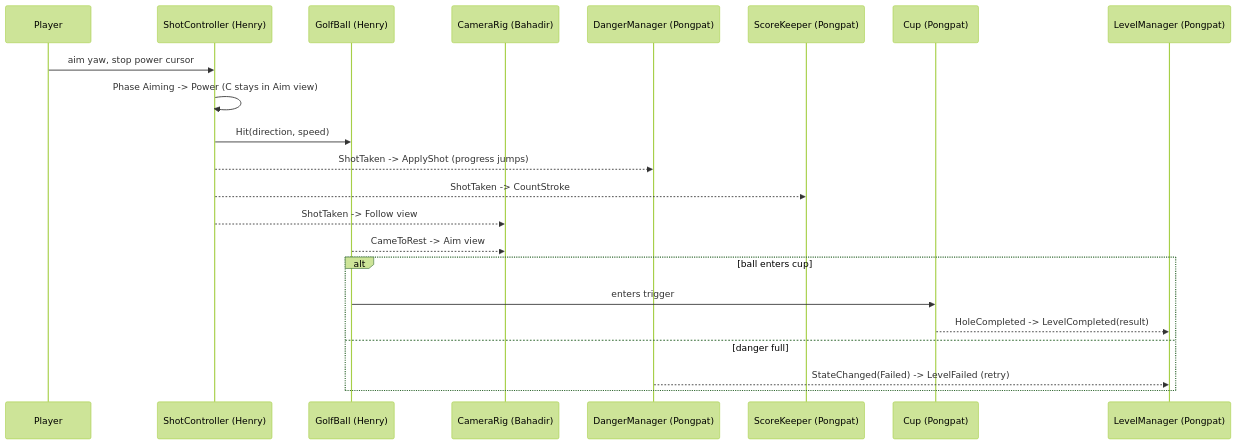
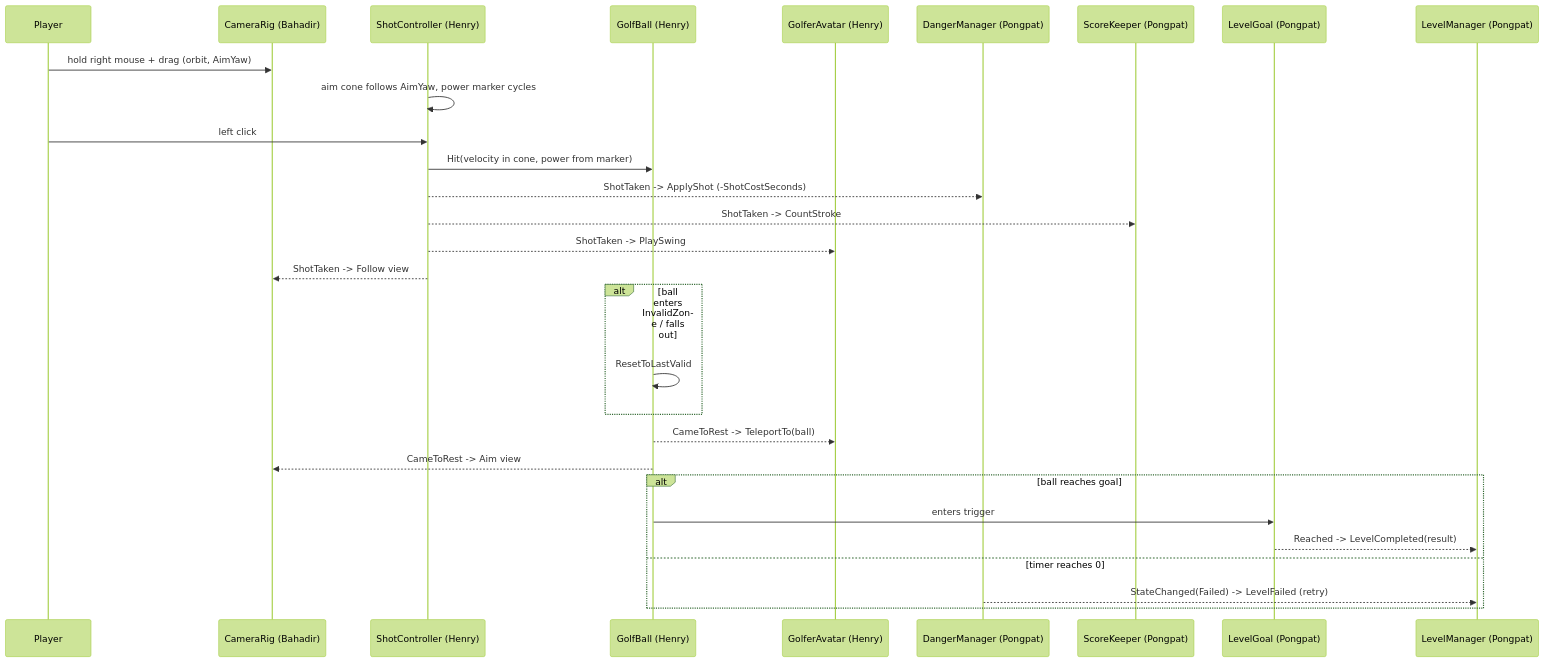
The diagram in docs/architecture.md (hwupu/115A-535652-3DGP-Final), drawn with Mermaid (forest theme) before and after one commit. The commit also changed other lines of this file and 2 other files, not shown here.

First line of the commit message:
docs: architecture contracts updated with PO gameplay decisions (#6)

````diff
--- a/docs/architecture.md
+++ b/docs/architecture.md
@@ -188,24 +237,31 @@
 ```mermaid
 sequenceDiagram
     participant P as Player
+    participant C as CameraRig (Bahadir)
     participant S as ShotController (Henry)
     participant B as GolfBall (Henry)
-    participant C as CameraRig (Bahadir)
+    participant A as GolferAvatar (Henry)
     participant D as DangerManager (Pongpat)
     participant K as ScoreKeeper (Pongpat)
-    participant U as Cup (Pongpat)
+    participant G as LevelGoal (Pongpat)
     participant L as LevelManager (Pongpat)
-    P->>S: aim yaw, stop power cursor
-    S->>S: Phase Aiming -> Power (C stays in Aim view)
-    S->>B: Hit(direction, speed)
-    S-->>D: ShotTaken -> ApplyShot (progress jumps)
+    P->>C: hold right mouse + drag (orbit, AimYaw)
+    S->>S: aim cone follows AimYaw, power marker cycles
+    P->>S: left click
+    S->>B: Hit(velocity in cone, power from marker)
+    S-->>D: ShotTaken -> ApplyShot (-ShotCostSeconds)
     S-->>K: ShotTaken -> CountStroke
+    S-->>A: ShotTaken -> PlaySwing
     S-->>C: ShotTaken -> Follow view
+    alt ball enters InvalidZone / falls out
+        B->>B: ResetToLastValid
+    end
+    B-->>A: CameToRest -> TeleportTo(ball)
     B-->>C: CameToRest -> Aim view
-    alt ball enters cup
-        B->>U: enters trigger
-        U-->>L: HoleCompleted -> LevelCompleted(result)
-    else danger full
+    alt ball reaches goal
+        B->>G: enters trigger
+        G-->>L: Reached -> LevelCompleted(result)
+    else timer reaches 0
         D-->>L: StateChanged(Failed) -> LevelFailed (retry)
     end
 ```
````
